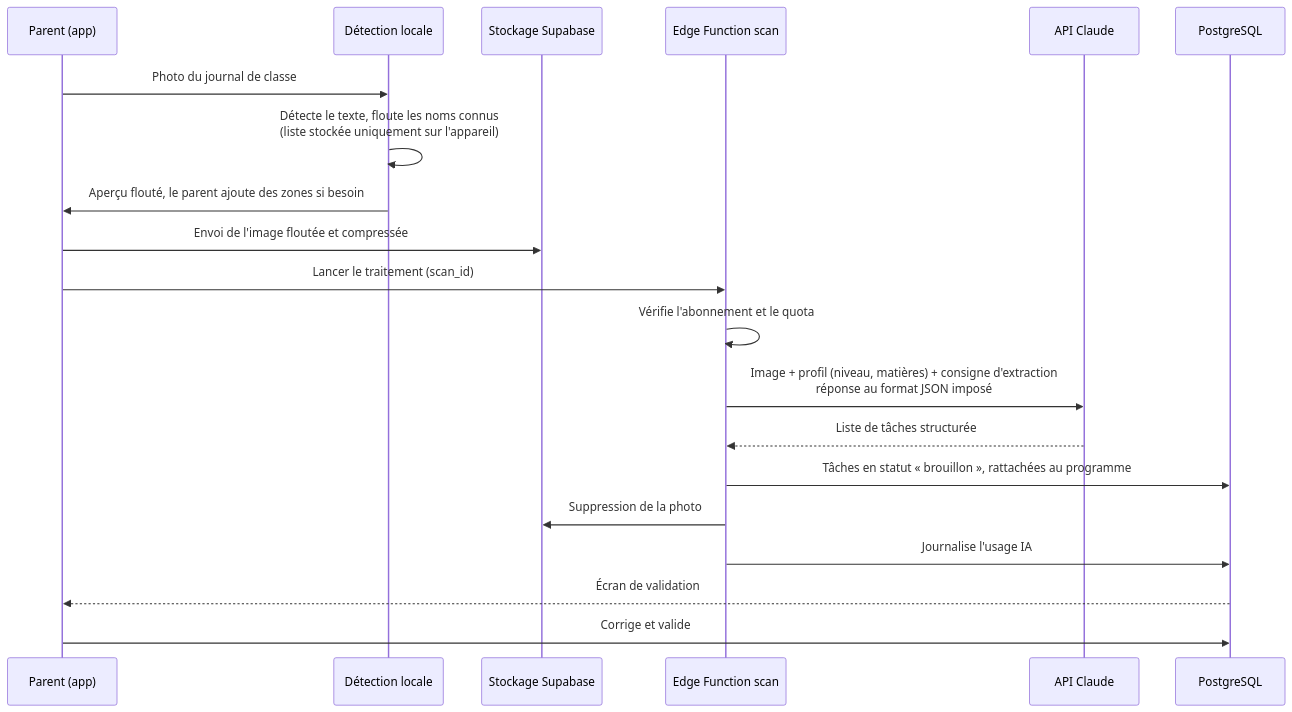
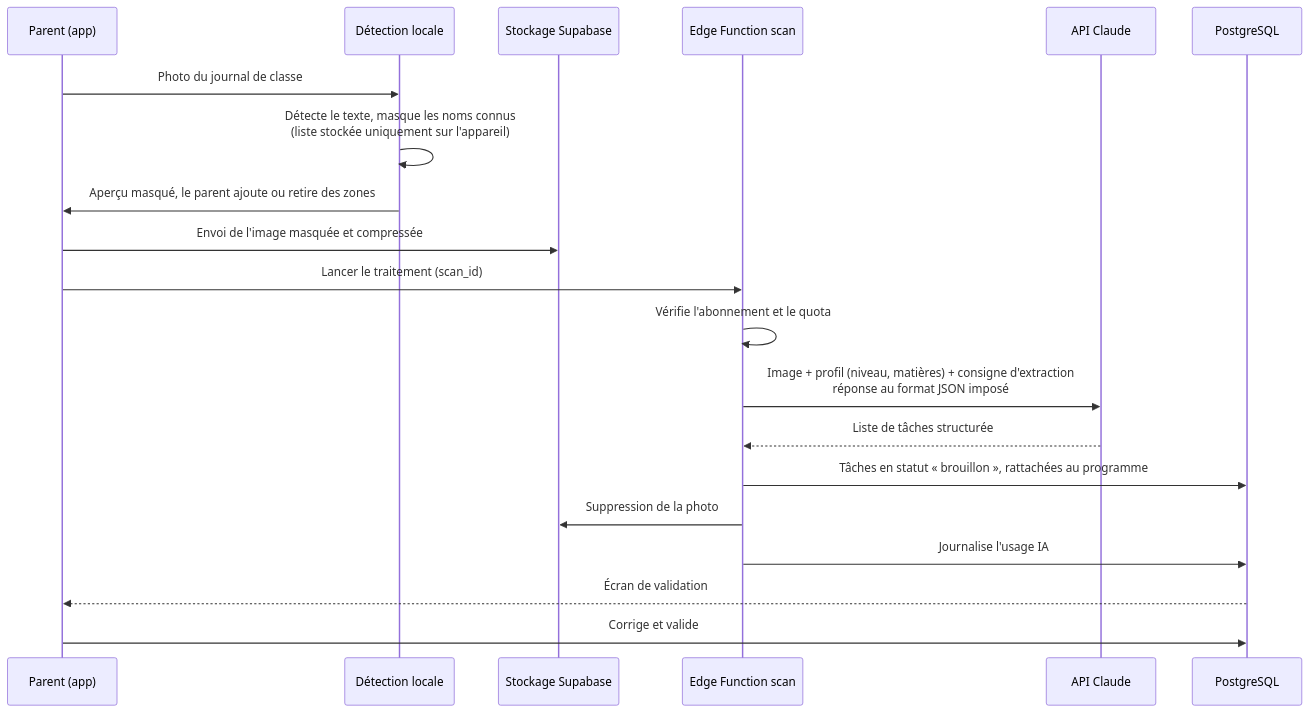
One commit to ClaudioD84/C-te-C-te changed the third of 3 diagrams in docs/architecture.md. Above: the diagram before and after it, drawn with Mermaid. The commit also changed other lines of this file and 1 other file, not shown here.

````diff
--- a/docs/architecture.md
+++ b/docs/architecture.md
@@ -134,23 +135,23 @@
 ```mermaid
 sequenceDiagram
     participant P as Parent (app)
     participant L as Détection locale
     participant S as Stockage Supabase
     participant F as Edge Function scan
     participant C as API Claude
     participant DB as PostgreSQL
 
     P->>L: Photo du journal de classe
-    L->>L: Détecte le texte, floute les noms connus<br/>(liste stockée uniquement sur l'appareil)
-    L->>P: Aperçu flouté, le parent ajoute des zones si besoin
-    P->>S: Envoi de l'image floutée et compressée
+    L->>L: Détecte le texte, masque les noms connus<br/>(liste stockée uniquement sur l'appareil)
+    L->>P: Aperçu masqué, le parent ajoute ou retire des zones
+    P->>S: Envoi de l'image masquée et compressée
     P->>F: Lancer le traitement (scan_id)
     F->>F: Vérifie l'abonnement et le quota
     F->>C: Image + profil (niveau, matières) + consigne d'extraction<br/>réponse au format JSON imposé
     C-->>F: Liste de tâches structurée
     F->>DB: Tâches en statut « brouillon », rattachées au programme
     F->>S: Suppression de la photo
     F->>DB: Journalise l'usage IA
     DB-->>P: Écran de validation
     P->>DB: Corrige et valide
 ```
````
